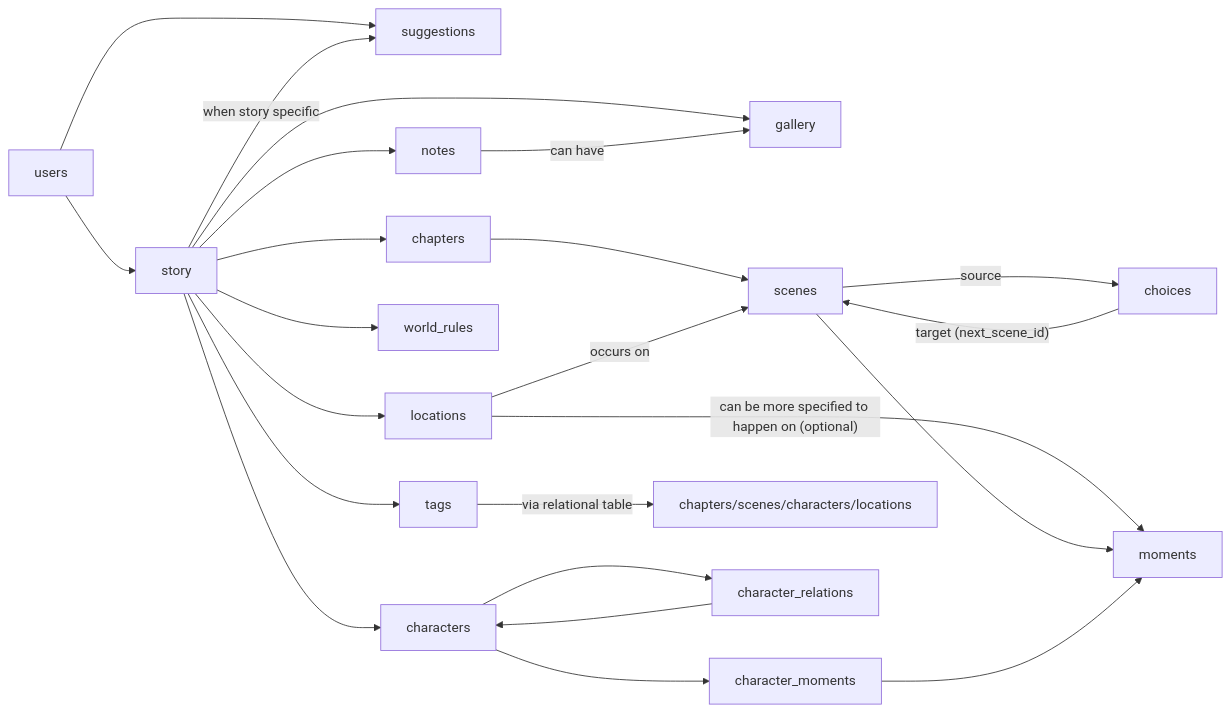
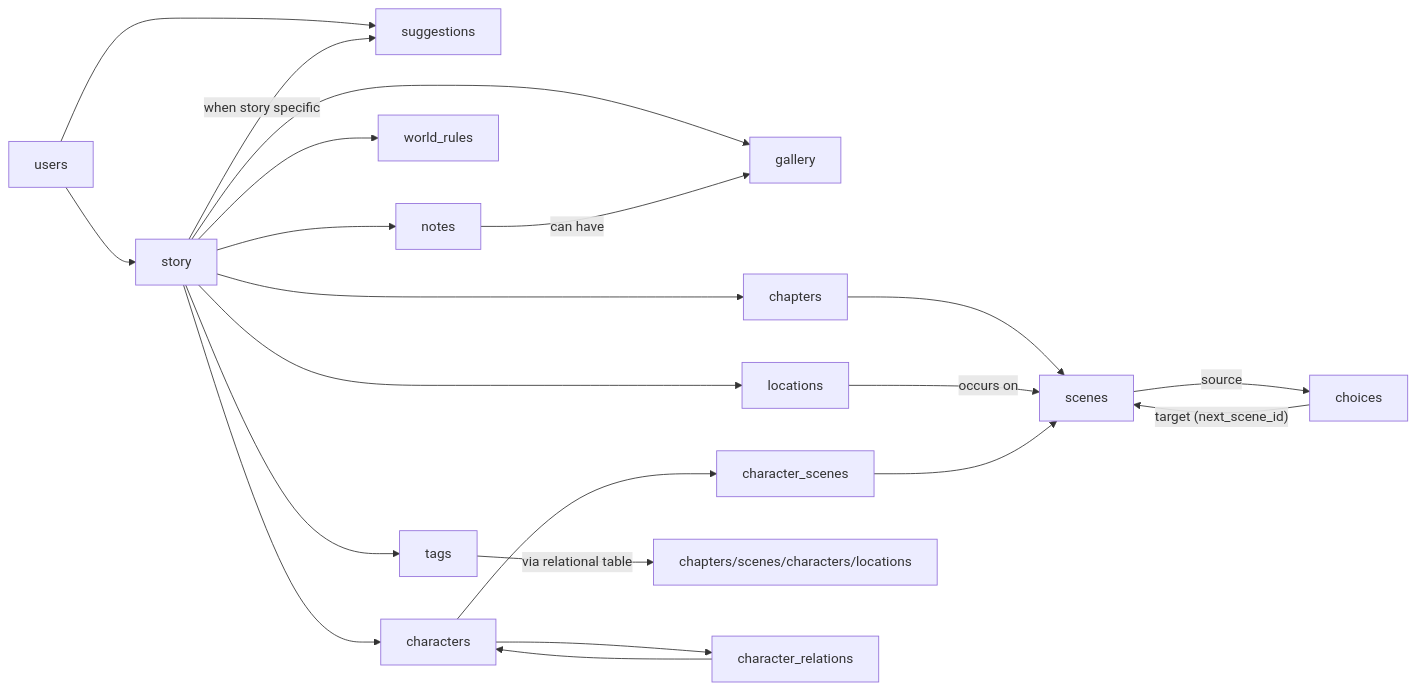
One commit to CaioFViana/Keres changed the diagram in docs/project_plan.md. Above: the diagram before and after it, drawn with Mermaid. The commit also changed other lines of this file and 338 other files, not shown here.

````diff
--- a/docs/project_plan.md
+++ b/docs/project_plan.md
@@ -303,32 +286,29 @@
 ```mermaid
 graph LR
     users --> story
     users --> suggestions
 
     story --> characters
     story --> gallery
     story --> chapters
     story --> locations
     story --> world_rules
     story --> notes
     story --> tags
     story -- when story specific --> suggestions
 
     chapters --> scenes
     locations -- occurs on--> scenes
-    locations -- can be more specified to happen on (optional) --> moments
 
-    scenes --> moments
     scenes -- source --> choices
     choices -- target (next_scene_id) --> scenes
 
-    characters --> character_moments
-    character_moments --> moments
+    characters --> character_scenes
+    character_scenes --> scenes
 
     tags -- via relational table --> chapters/scenes/characters/locations
     characters --> character_relations
     character_relations --> characters
 
     notes -- can have --> gallery
-
 ```
````
